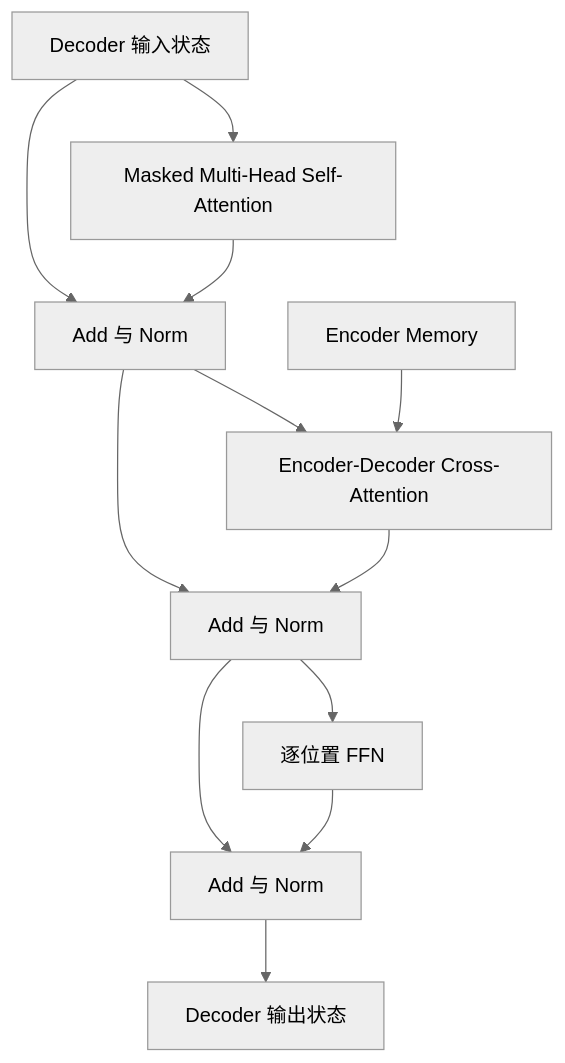
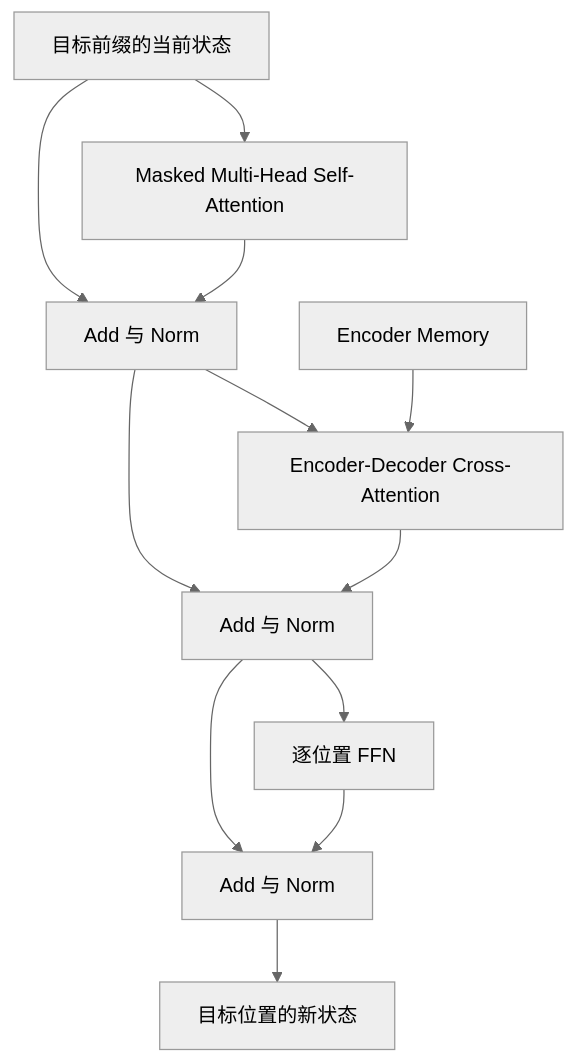
One commit to nowhere-man/agents-from-scratch changed the fourth of 4 diagrams in llm-basic-new/03-transformer-architecture.md. Above: the diagram before and after it, drawn with Mermaid (neutral theme). The commit also changed other lines of this file, not shown here.

````diff
--- a/llm-basic-new/03-transformer-architecture.md
+++ b/llm-basic-new/03-transformer-architecture.md
@@ -282,14 +698,14 @@
 ```mermaid
 flowchart TB
-    X[Decoder 输入状态] --> SA[Masked Multi-Head Self-Attention]
+    X[目标前缀的当前状态] --> SA[Masked Multi-Head Self-Attention]
     X --> ADD1[Add 与 Norm]
     SA --> ADD1
     ADD1 --> CA[Encoder-Decoder Cross-Attention]
     MEM[Encoder Memory] --> CA
     ADD1 --> ADD2[Add 与 Norm]
     CA --> ADD2
     ADD2 --> FFN[逐位置 FFN]
     ADD2 --> ADD3[Add 与 Norm]
     FFN --> ADD3
-    ADD3 --> Y[Decoder 输出状态]
+    ADD3 --> Y[目标位置的新状态]
 ```
````
